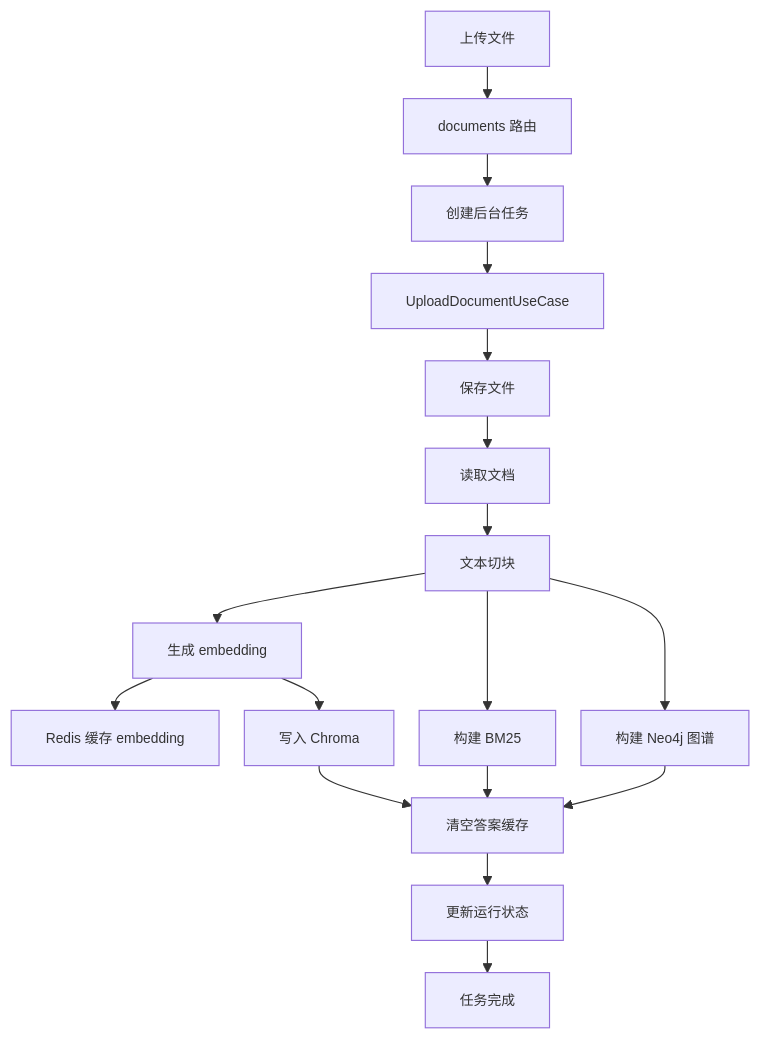
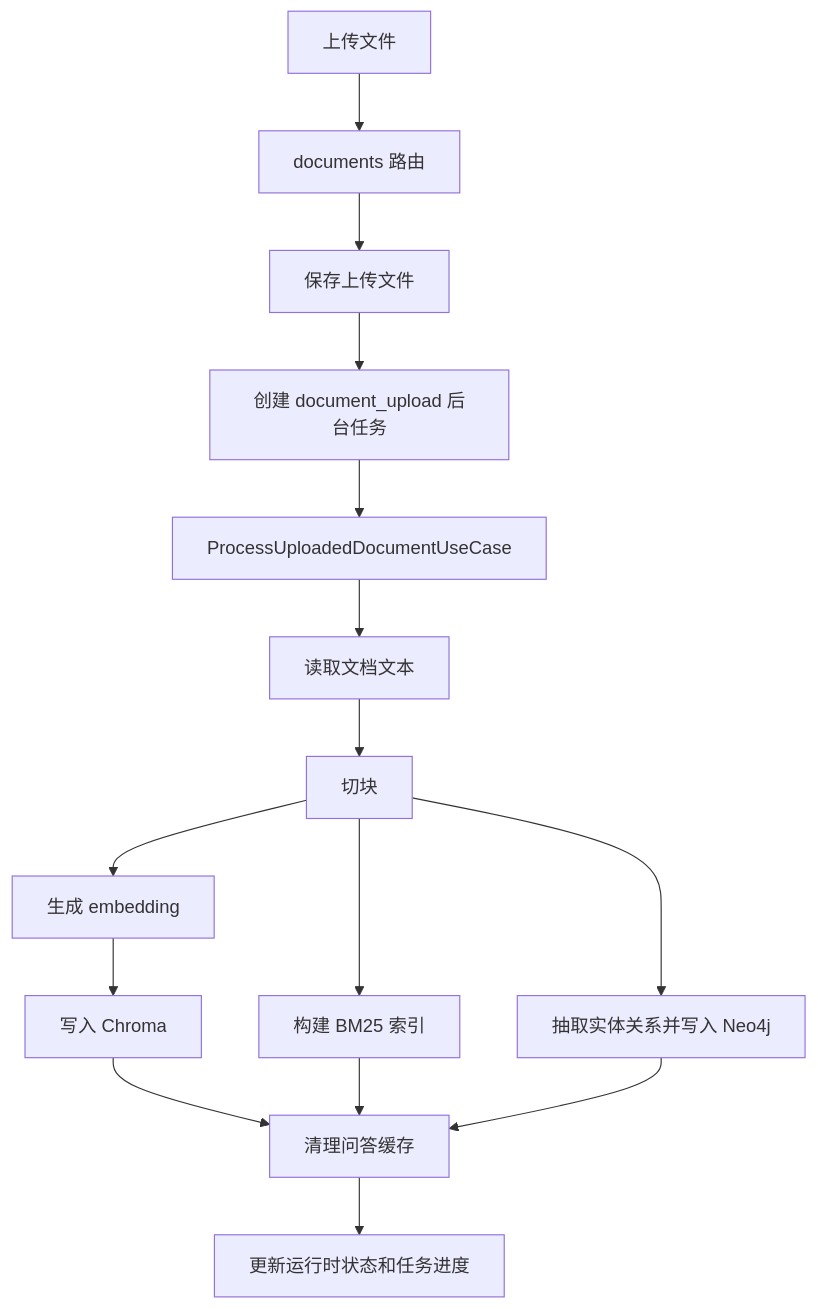
The second of 5 diagrams in README.md (TheLadyOfCute/Multi-Agent-RAG), drawn with Mermaid before and after one commit. The commit also changed other lines of this file, not shown here.

````diff
--- a/README.md
+++ b/README.md
@@ -94,20 +104,17 @@
 ```mermaid
-%%{init: {"themeVariables": {"fontSize": "12px"}, "flowchart": {"nodeSpacing": 22, "rankSpacing": 28}}}%%
 flowchart TD
   A["上传文件"] --> B["documents 路由"]
-  B --> C["创建后台任务"]
-  C --> D["UploadDocumentUseCase"]
-  D --> E["保存文件"]
-  E --> F["读取文档"]
-  F --> G["文本切块"]
+  B --> C["保存上传文件"]
+  C --> D["创建 document_upload 后台任务"]
+  D --> E["ProcessUploadedDocumentUseCase"]
+  E --> F["读取文档文本"]
+  F --> G["切块"]
   G --> H["生成 embedding"]
-  H --> R["Redis 缓存 embedding"]
   H --> I["写入 Chroma"]
-  G --> J["构建 BM25"]
-  G --> K["构建 Neo4j 图谱"]
-  I --> L["清空答案缓存"]
+  G --> J["构建 BM25 索引"]
+  G --> K["抽取实体关系并写入 Neo4j"]
+  I --> L["清理问答缓存"]
   J --> L
   K --> L
-  L --> M["更新运行状态"]
-  M --> N["任务完成"]
+  L --> M["更新运行时状态和任务进度"]
 ```
````
